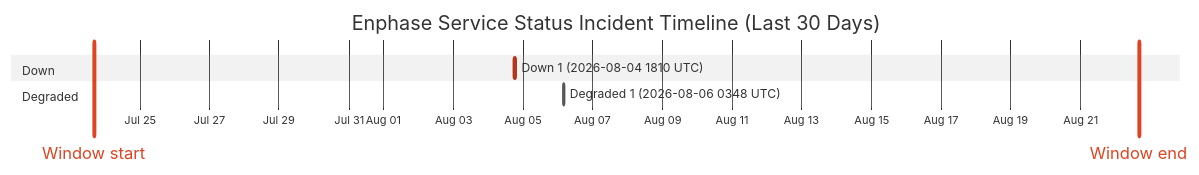
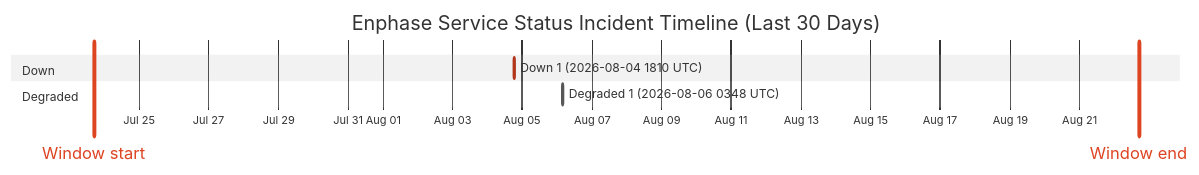
The diagram in wiki/Service-Status-History.md (barneyonline/ha-enphase-energy), drawn with Mermaid (neutral theme) before and after one commit. The commit also changed other lines of this file and 3 other files, not shown here.

````diff
--- a/wiki/Service-Status-History.md
+++ b/wiki/Service-Status-History.md
@@ -14,12 +14,12 @@
 ```mermaid
 gantt
     title Enphase Service Status Incident Timeline (Last 30 Days)
     dateFormat  YYYY-MM-DDTHH:mm:ss
     axisFormat  %b %d
-    Window start :vert, window-start, 2026-07-23T16:20:47, 0ms
-    Window end :vert, window-end, 2026-08-22T16:20:47, 0ms
+    Window start :vert, window-start, 2026-07-23T16:49:12, 0ms
+    Window end :vert, window-end, 2026-08-22T16:49:12, 0ms
     section Down
     Down 1 (2026-08-04 1810 UTC) :crit, down-1, 2026-08-04T18:10:46, 60m
     section Degraded
     Degraded 1 (2026-08-06 0348 UTC) :active, degraded-1, 2026-08-06T03:48:14, 60m
 ```
````
